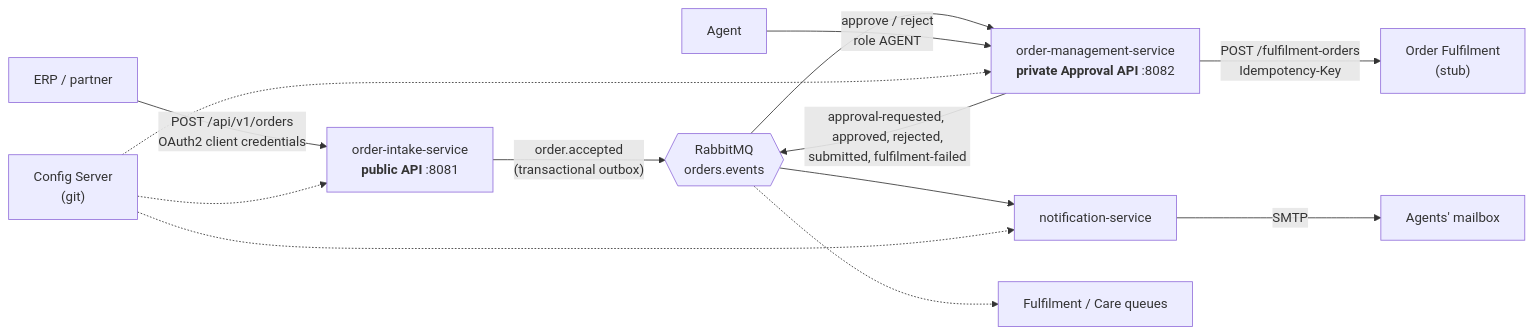
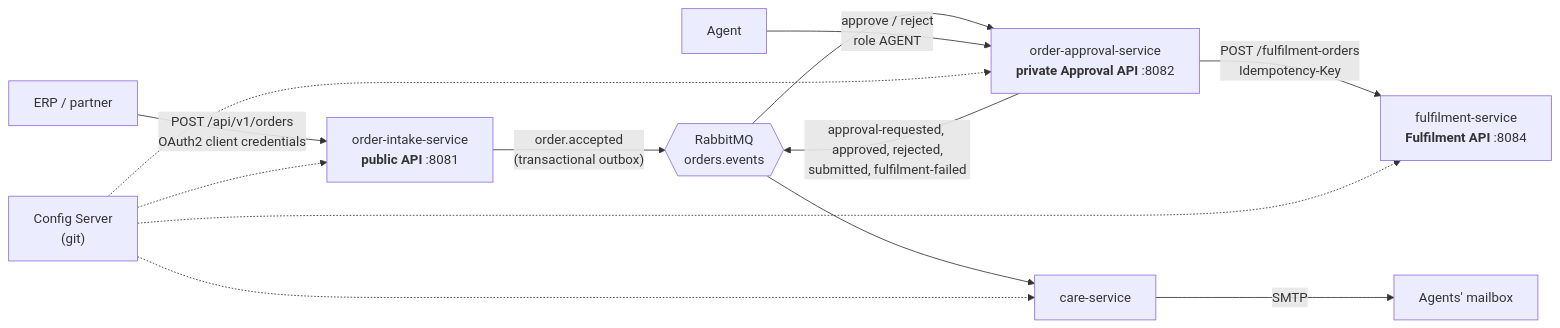
The diagram in README.md (supriyathakur28/Melita), drawn with Mermaid before and after one commit. The commit also changed other lines of this file and 4 other files, not shown here.

First line of the commit message:
Document the four-service architecture; check Fulfilment in Postman

````diff
--- a/README.md
+++ b/README.md
@@ -18,13 +20,12 @@
 ```mermaid
 flowchart LR
     ERP["ERP / partner"] -- "POST /api/v1/orders<br/>OAuth2 client credentials" --> OI["order-intake-service<br/><b>public API</b> :8081"]
     OI -- "order.accepted<br/>(transactional outbox)" --> EX{{"RabbitMQ<br/>orders.events"}}
-    EX --> OM["order-management-service<br/><b>private Approval API</b> :8082"]
-    EX --> NS["notification-service"]
-    EX -.-> DQ["Fulfilment / Care queues"]
+    EX --> OM["order-approval-service<br/><b>private Approval API</b> :8082"]
+    EX --> NS["care-service"]
     OM -- "approval-requested, approved, rejected,<br/>submitted, fulfilment-failed" --> EX
     AG["Agent"] -- "approve / reject<br/>role AGENT" --> OM
-    OM -- "POST /fulfilment-orders<br/>Idempotency-Key" --> FUL["Order Fulfilment<br/>(stub)"]
+    OM -- "POST /fulfilment-orders<br/>Idempotency-Key" --> FUL["fulfilment-service<br/><b>Fulfilment API</b> :8084"]
     NS -- SMTP --> MB["Agents' mailbox"]
-    CFG["Config Server<br/>(git)"] -.-> OI & OM & NS
+    CFG["Config Server<br/>(git)"] -.-> OI & OM & FUL & NS
 ```
````
